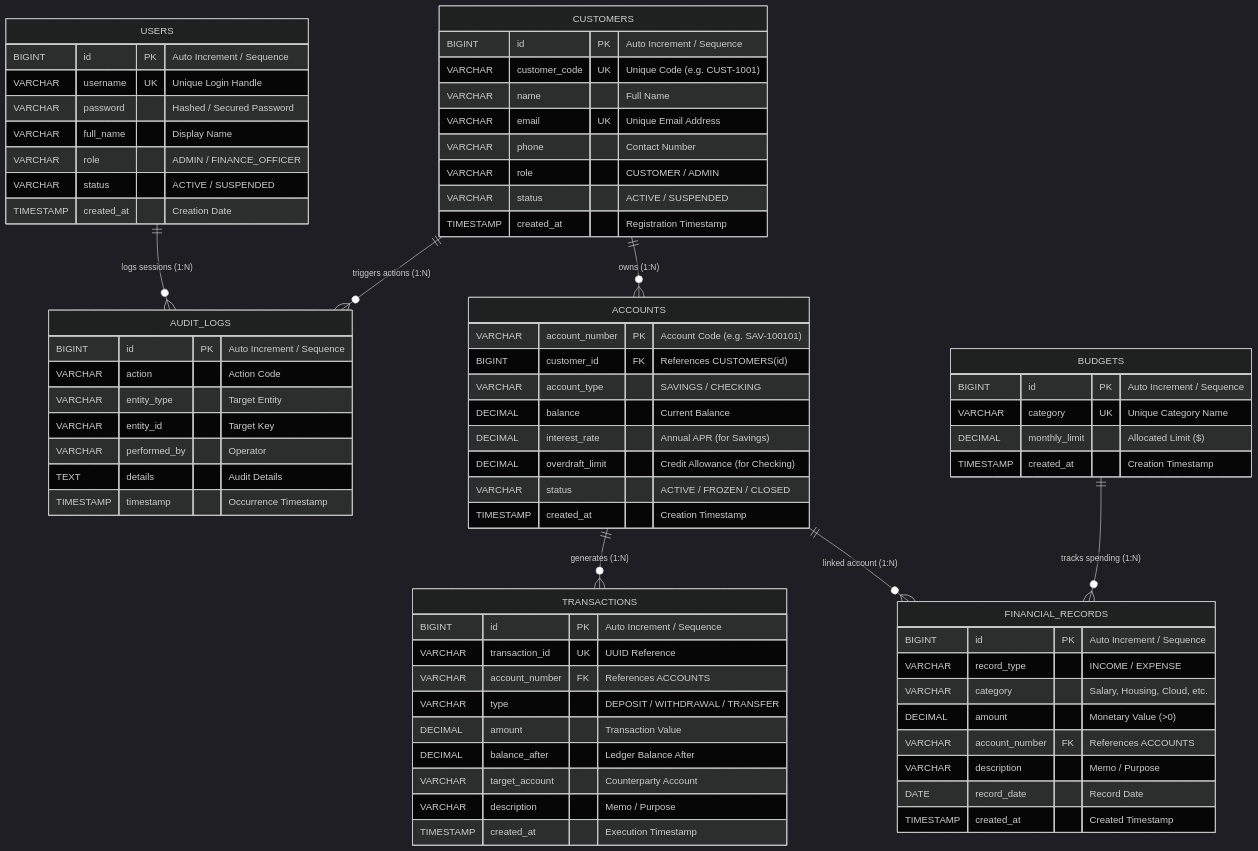
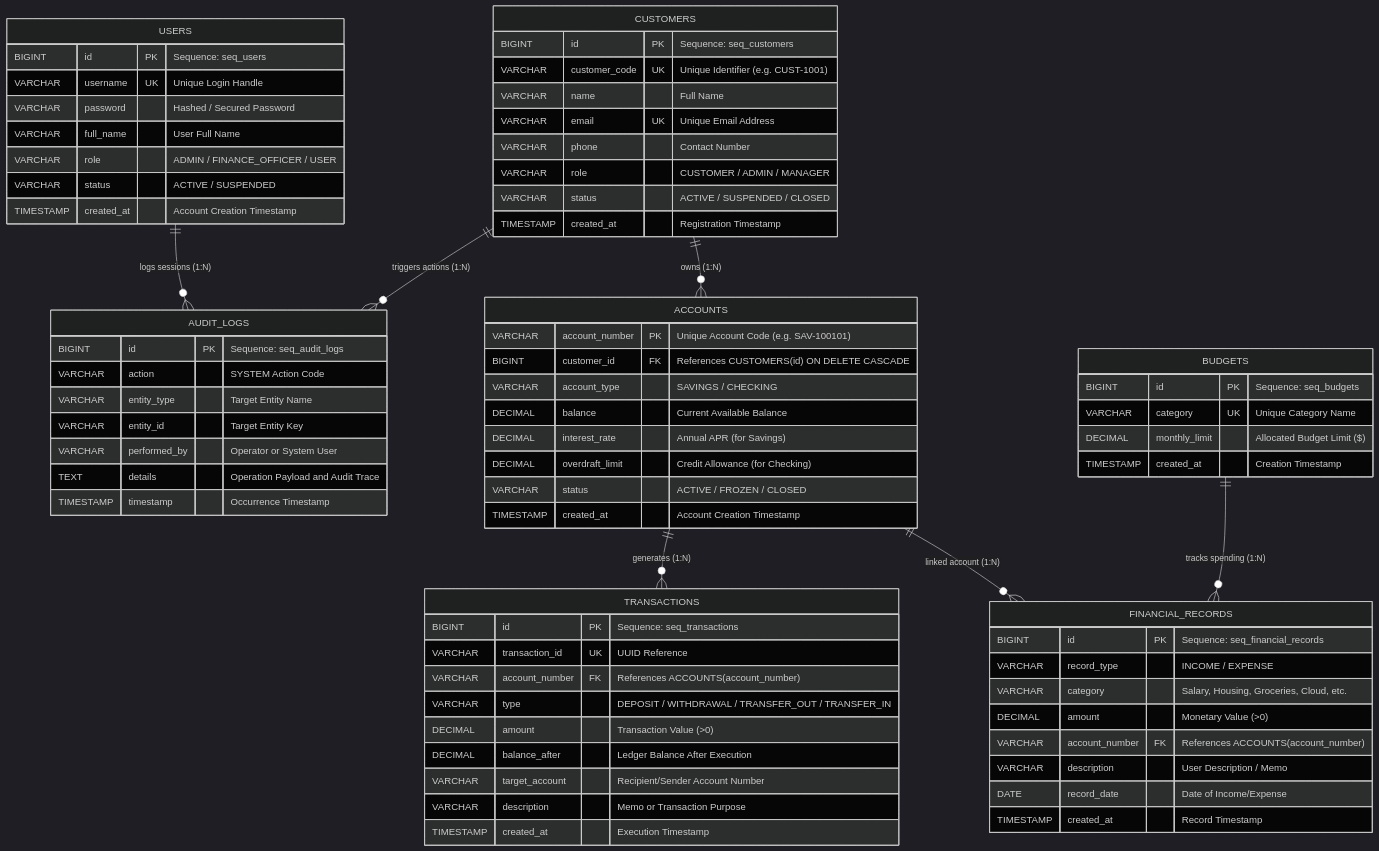
One commit to SmitroniX/FINCORE-OOP-DBMS-CAPSTONE-BANKING-SYSTEM changed the first of 2 diagrams in README.md. Above: the diagram before and after it, drawn with Mermaid (dark theme). The commit also changed other lines of this file and 30 other files, not shown here.

````diff
--- a/README.md
+++ b/README.md
@@ -44,81 +147,81 @@
 ```mermaid
 erDiagram
     USERS ||--o{ AUDIT_LOGS : "logs sessions (1:N)"
     CUSTOMERS ||--o{ ACCOUNTS : "owns (1:N)"
     ACCOUNTS ||--o{ TRANSACTIONS : "generates (1:N)"
     ACCOUNTS ||--o{ FINANCIAL_RECORDS : "linked account (1:N)"
     CUSTOMERS ||--o{ AUDIT_LOGS : "triggers actions (1:N)"
     BUDGETS ||--o{ FINANCIAL_RECORDS : "tracks spending (1:N)"
 
     USERS {
-        BIGINT id PK "Auto Increment / Sequence"
+        BIGINT id PK "Sequence: seq_users"
         VARCHAR username UK "Unique Login Handle"
         VARCHAR password "Hashed / Secured Password"
-        VARCHAR full_name "Display Name"
-        VARCHAR role "ADMIN / FINANCE_OFFICER"
+        VARCHAR full_name "User Full Name"
+        VARCHAR role "ADMIN / FINANCE_OFFICER / USER"
         VARCHAR status "ACTIVE / SUSPENDED"
-        TIMESTAMP created_at "Creation Date"
+        TIMESTAMP created_at "Account Creation Timestamp"
     }
 
     CUSTOMERS {
-        BIGINT id PK "Auto Increment / Sequence"
-        VARCHAR customer_code UK "Unique Code (e.g. CUST-1001)"
+        BIGINT id PK "Sequence: seq_customers"
+        VARCHAR customer_code UK "Unique Identifier (e.g. CUST-1001)"
         VARCHAR name "Full Name"
         VARCHAR email UK "Unique Email Address"
         VARCHAR phone "Contact Number"
-        VARCHAR role "CUSTOMER / ADMIN"
-        VARCHAR status "ACTIVE / SUSPENDED"
+        VARCHAR role "CUSTOMER / ADMIN / MANAGER"
+        VARCHAR status "ACTIVE / SUSPENDED / CLOSED"
         TIMESTAMP created_at "Registration Timestamp"
     }
 
     ACCOUNTS {
-        VARCHAR account_number PK "Account Code (e.g. SAV-100101)"
-        BIGINT customer_id FK "References CUSTOMERS(id)"
+        VARCHAR account_number PK "Unique Account Code (e.g. SAV-100101)"
+        BIGINT customer_id FK "References CUSTOMERS(id) ON DELETE CASCADE"
         VARCHAR account_type "SAVINGS / CHECKING"
-        DECIMAL balance "Current Balance"
+        DECIMAL balance "Current Available Balance"
         DECIMAL interest_rate "Annual APR (for Savings)"
         DECIMAL overdraft_limit "Credit Allowance (for Checking)"
         VARCHAR status "ACTIVE / FROZEN / CLOSED"
+        TIMESTAMP created_at "Account Creation Timestamp"
+    }
+
+    TRANSACTIONS {
+        BIGINT id PK "Sequence: seq_transactions"
+        VARCHAR transaction_id UK "UUID Reference"
+        VARCHAR account_number FK "References ACCOUNTS(account_number)"
+        VARCHAR type "DEPOSIT / WITHDRAWAL / TRANSFER_OUT / TRANSFER_IN"
+        DECIMAL amount "Transaction Value (>0)"
+        DECIMAL balance_after "Ledger Balance After Execution"
+        VARCHAR target_account "Recipient/Sender Account Number"
+        VARCHAR description "Memo or Transaction Purpose"
+        TIMESTAMP created_at "Execution Timestamp"
+    }
+
+    FINANCIAL_RECORDS {
+        BIGINT id PK "Sequence: seq_financial_records"
+        VARCHAR record_type "INCOME / EXPENSE"
+        VARCHAR category "Salary, Housing, Groceries, Cloud, etc."
+        DECIMAL amount "Monetary Value (>0)"
+        VARCHAR account_number FK "References ACCOUNTS(account_number)"
+        VARCHAR description "User Description / Memo"
+        DATE record_date "Date of Income/Expense"
+        TIMESTAMP created_at "Record Timestamp"
+    }
+
+    BUDGETS {
+        BIGINT id PK "Sequence: seq_budgets"
+        VARCHAR category UK "Unique Category Name"
+        DECIMAL monthly_limit "Allocated Budget Limit ($)"
         TIMESTAMP created_at "Creation Timestamp"
     }
 
-    FINANCIAL_RECORDS {
-        BIGINT id PK "Auto Increment / Sequence"
-        VARCHAR record_type "INCOME / EXPENSE"
-        VARCHAR category "Salary, Housing, Cloud, etc."
-        DECIMAL amount "Monetary Value (>0)"
-        VARCHAR account_number FK "References ACCOUNTS"
-        VARCHAR description "Memo / Purpose"
-        DATE record_date "Record Date"
-        TIMESTAMP created_at "Created Timestamp"
-    }
-
-    BUDGETS {
-        BIGINT id PK "Auto Increment / Sequence"
-        VARCHAR category UK "Unique Category Name"
-        DECIMAL monthly_limit "Allocated Limit ($)"
-        TIMESTAMP created_at "Creation Timestamp"
-    }
-
-    TRANSACTIONS {
-        BIGINT id PK "Auto Increment / Sequence"
-        VARCHAR transaction_id UK "UUID Reference"
-        VARCHAR account_number FK "References ACCOUNTS"
-        VARCHAR type "DEPOSIT / WITHDRAWAL / TRANSFER"
-        DECIMAL amount "Transaction Value"
-        DECIMAL balance_after "Ledger Balance After"
-        VARCHAR target_account "Counterparty Account"
-        VARCHAR description "Memo / Purpose"
-        TIMESTAMP created_at "Execution Timestamp"
-    }
-
     AUDIT_LOGS {
-        BIGINT id PK "Auto Increment / Sequence"
-        VARCHAR action "Action Code"
-        VARCHAR entity_type "Target Entity"
-        VARCHAR entity_id "Target Key"
-        VARCHAR performed_by "Operator"
-        TEXT details "Audit Details"
+        BIGINT id PK "Sequence: seq_audit_logs"
+        VARCHAR action "SYSTEM Action Code"
+        VARCHAR entity_type "Target Entity Name"
+        VARCHAR entity_id "Target Entity Key"
+        VARCHAR performed_by "Operator or System User"
+        TEXT details "Operation Payload and Audit Trace"
         TIMESTAMP timestamp "Occurrence Timestamp"
     }
 ```
````
